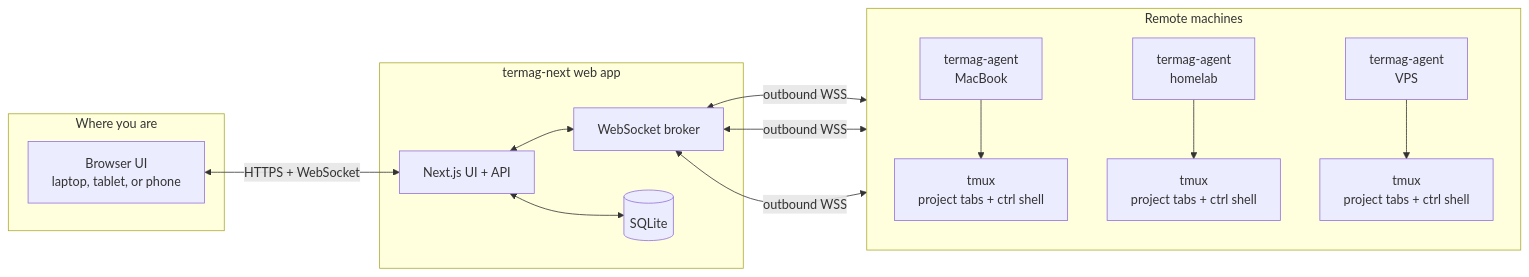
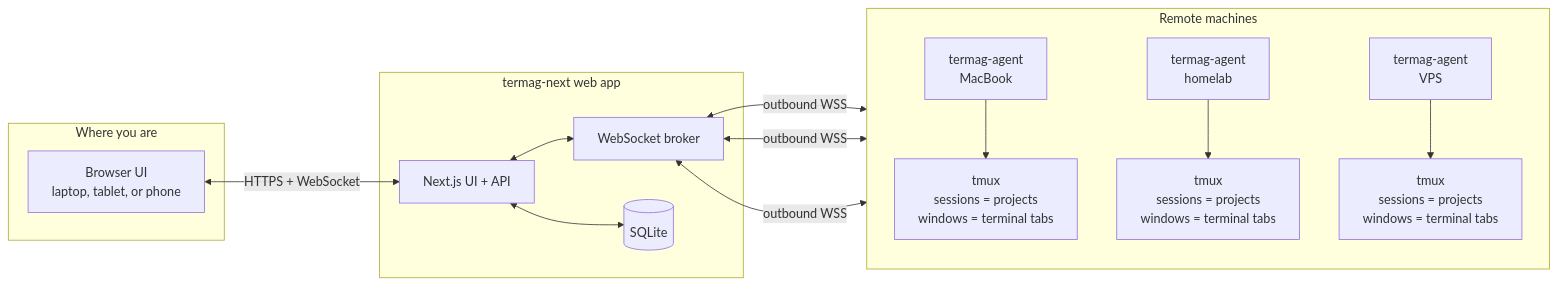
One commit to yeutterg/termag changed the first of 2 diagrams in README.md. Above: the diagram before and after it, drawn with Mermaid. The commit also changed other lines of this file and 18 other files, not shown here.

````diff
--- a/README.md
+++ b/README.md
@@ -13,26 +13,26 @@
 ```mermaid
 flowchart LR
   subgraph Client["Where you are"]
     Browser["Browser UI<br/>laptop, tablet, or phone"]
   end
 
   subgraph Web["termag-next web app"]
     Next["Next.js UI + API"]
     Broker["WebSocket broker"]
     DB[("SQLite")]
     Next <--> Broker
     Next <--> DB
   end
 
   subgraph Machines["Remote machines"]
     direction TB
-    AgentA["termag-agent<br/>MacBook"] --> TmuxA["tmux<br/>project tabs + ctrl shell"]
-    AgentB["termag-agent<br/>homelab"] --> TmuxB["tmux<br/>project tabs + ctrl shell"]
-    AgentC["termag-agent<br/>VPS"] --> TmuxC["tmux<br/>project tabs + ctrl shell"]
+    AgentA["termag-agent<br/>MacBook"] --> TmuxA["tmux<br/>sessions = projects<br/>windows = terminal tabs"]
+    AgentB["termag-agent<br/>homelab"] --> TmuxB["tmux<br/>sessions = projects<br/>windows = terminal tabs"]
+    AgentC["termag-agent<br/>VPS"] --> TmuxC["tmux<br/>sessions = projects<br/>windows = terminal tabs"]
   end
 
   Browser <-->|HTTPS + WebSocket| Next
   Broker <-->|outbound WSS| AgentA
   Broker <-->|outbound WSS| AgentB
   Broker <-->|outbound WSS| AgentC
 ```
````
